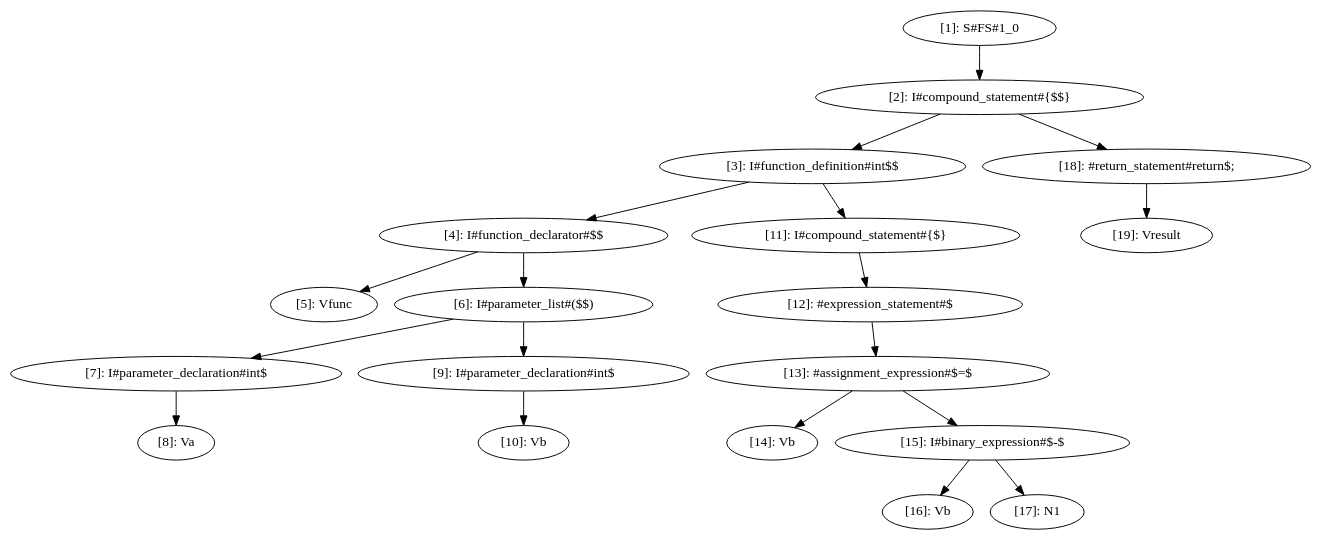
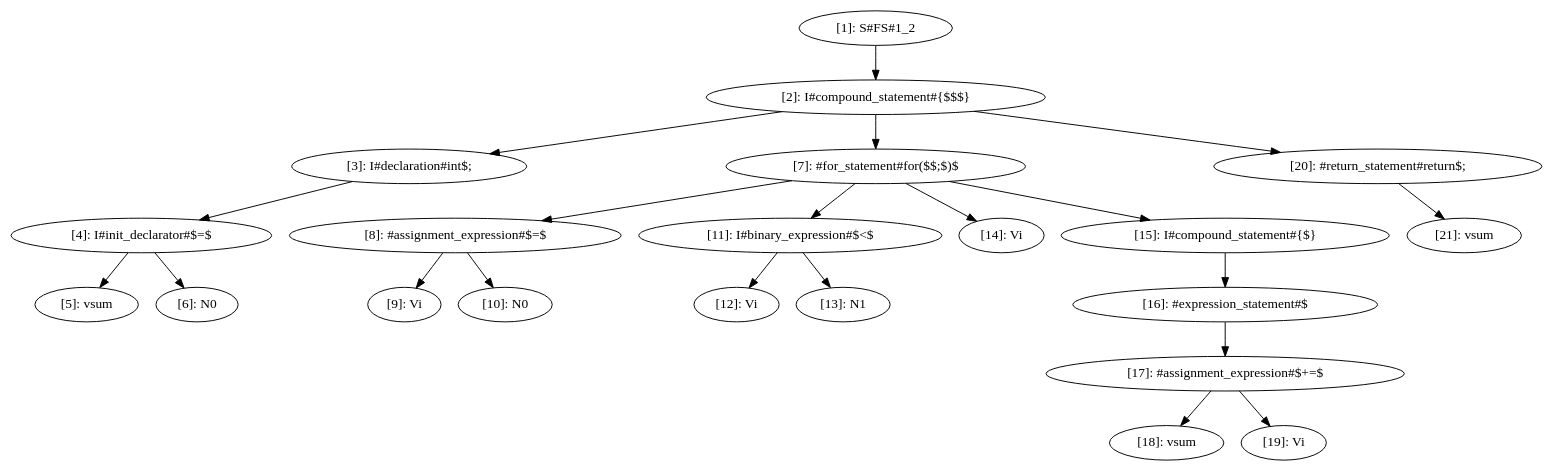
Before and after one commit to deryaerman/DIA-System-DS-Plagiarism-Checker-GIT: the diagram in cass.dot, drawn with Graphviz. The commit also changed 24 other files, not shown here.

```diff
--- a/cass.dot
+++ b/cass.dot
@@ -1,40 +1,44 @@
 digraph CASS {
   node [shape=ellipse];
-  n1 [label="[1]: S#FS#1_0"];
-  n2 [label="[2]: I#compound_statement#{$$}"];
-  n3 [label="[3]: I#function_definition#int$$"];
-  n4 [label="[4]: I#function_declarator#$$"];
-  n5 [label="[5]: Vfunc"];
-  n6 [label="[6]: I#parameter_list#($$)"];
-  n7 [label="[7]: I#parameter_declaration#int$"];
-  n8 [label="[8]: Va"];
-  n9 [label="[9]: I#parameter_declaration#int$"];
-  n10 [label="[10]: Vb"];
-  n11 [label="[11]: I#compound_statement#{$}"];
-  n12 [label="[12]: #expression_statement#$"];
-  n13 [label="[13]: #assignment_expression#$=$"];
-  n14 [label="[14]: Vb"];
-  n15 [label="[15]: I#binary_expression#$-$"];
-  n16 [label="[16]: Vb"];
-  n17 [label="[17]: N1"];
-  n18 [label="[18]: #return_statement#return$;"];
-  n19 [label="[19]: Vresult"];
+  n1 [label="[1]: S#FS#1_2"];
+  n2 [label="[2]: I#compound_statement#{$$$}"];
+  n3 [label="[3]: I#declaration#int$;"];
+  n4 [label="[4]: I#init_declarator#$=$"];
+  n5 [label="[5]: vsum"];
+  n6 [label="[6]: N0"];
+  n7 [label="[7]: #for_statement#for($$;$)$"];
+  n8 [label="[8]: #assignment_expression#$=$"];
+  n9 [label="[9]: Vi"];
+  n10 [label="[10]: N0"];
+  n11 [label="[11]: I#binary_expression#$<$"];
+  n12 [label="[12]: Vi"];
+  n13 [label="[13]: N1"];
+  n14 [label="[14]: Vi"];
+  n15 [label="[15]: I#compound_statement#{$}"];
+  n16 [label="[16]: #expression_statement#$"];
+  n17 [label="[17]: #assignment_expression#$+=$"];
+  n18 [label="[18]: vsum"];
+  n19 [label="[19]: Vi"];
+  n20 [label="[20]: #return_statement#return$;"];
+  n21 [label="[21]: vsum"];
   n1 -> n2;
   n2 -> n3;
   n3 -> n4;
   n4 -> n5;
   n4 -> n6;
-  n6 -> n7;
+  n2 -> n7;
   n7 -> n8;
-  n6 -> n9;
-  n9 -> n10;
-  n3 -> n11;
+  n8 -> n9;
+  n8 -> n10;
+  n7 -> n11;
   n11 -> n12;
-  n12 -> n13;
-  n13 -> n14;
-  n13 -> n15;
+  n11 -> n13;
+  n7 -> n14;
+  n7 -> n15;
   n15 -> n16;
-  n15 -> n17;
-  n2 -> n18;
-  n18 -> n19;
+  n16 -> n17;
+  n17 -> n18;
+  n17 -> n19;
+  n2 -> n20;
+  n20 -> n21;
 }
```
